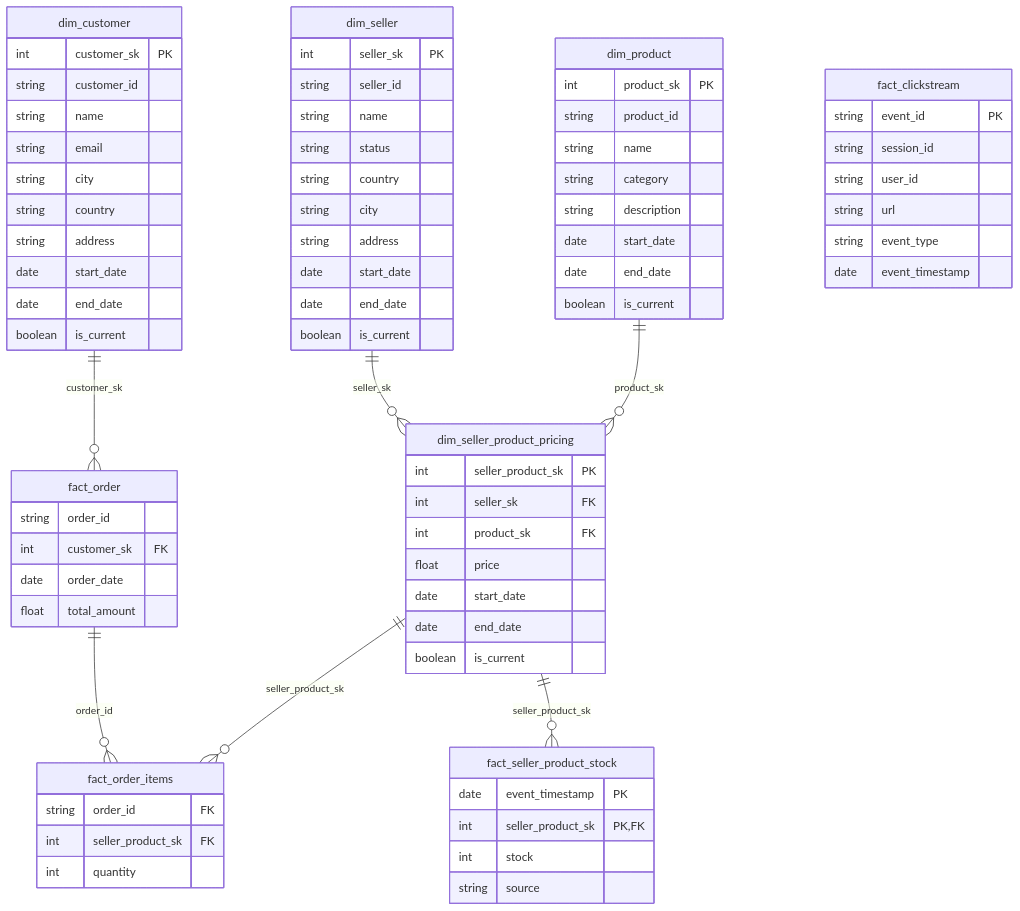
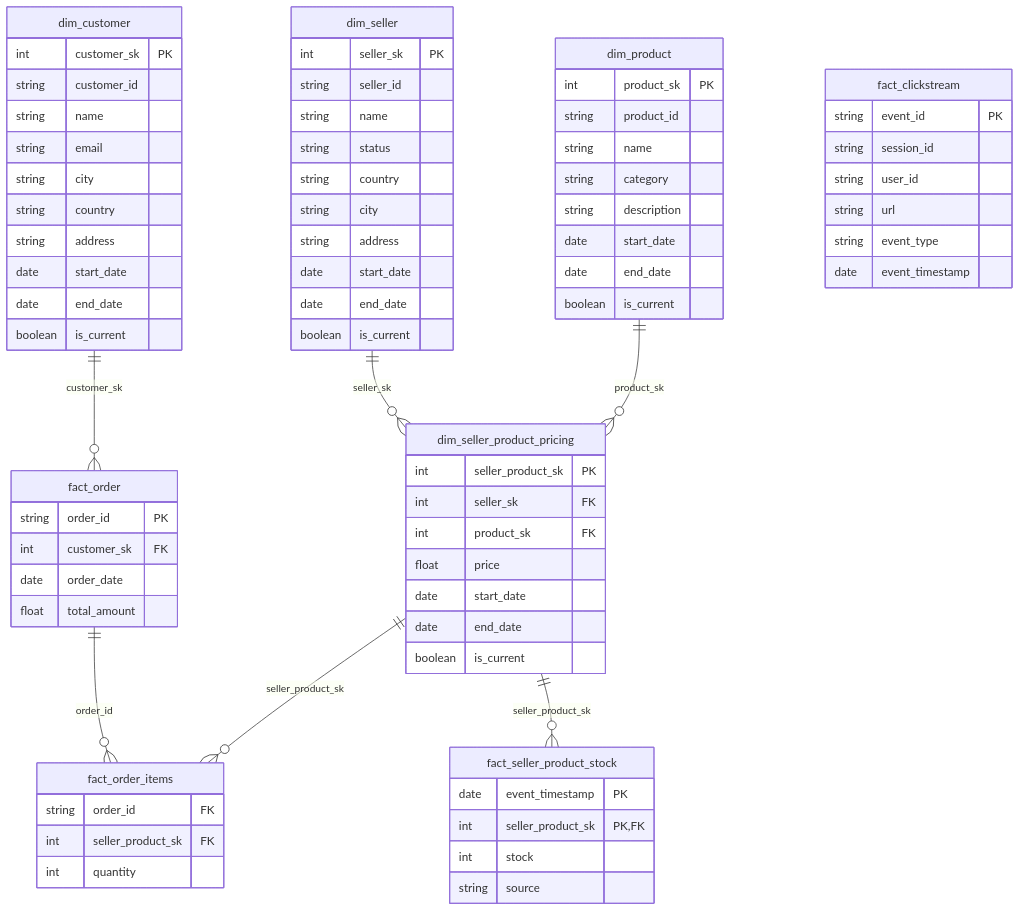
Before and after one commit to StevenDelval/Amelioration_data_warehouse_projet_e6: the second of 2 diagrams in schema.md, drawn with Mermaid.

```diff
--- a/schema.md
+++ b/schema.md
@@ -114,7 +114,7 @@
     %% =======================
 
     fact_order {
-        string order_id
+        string order_id PK
         int    customer_sk FK
         date    order_date
         float  total_amount
```
